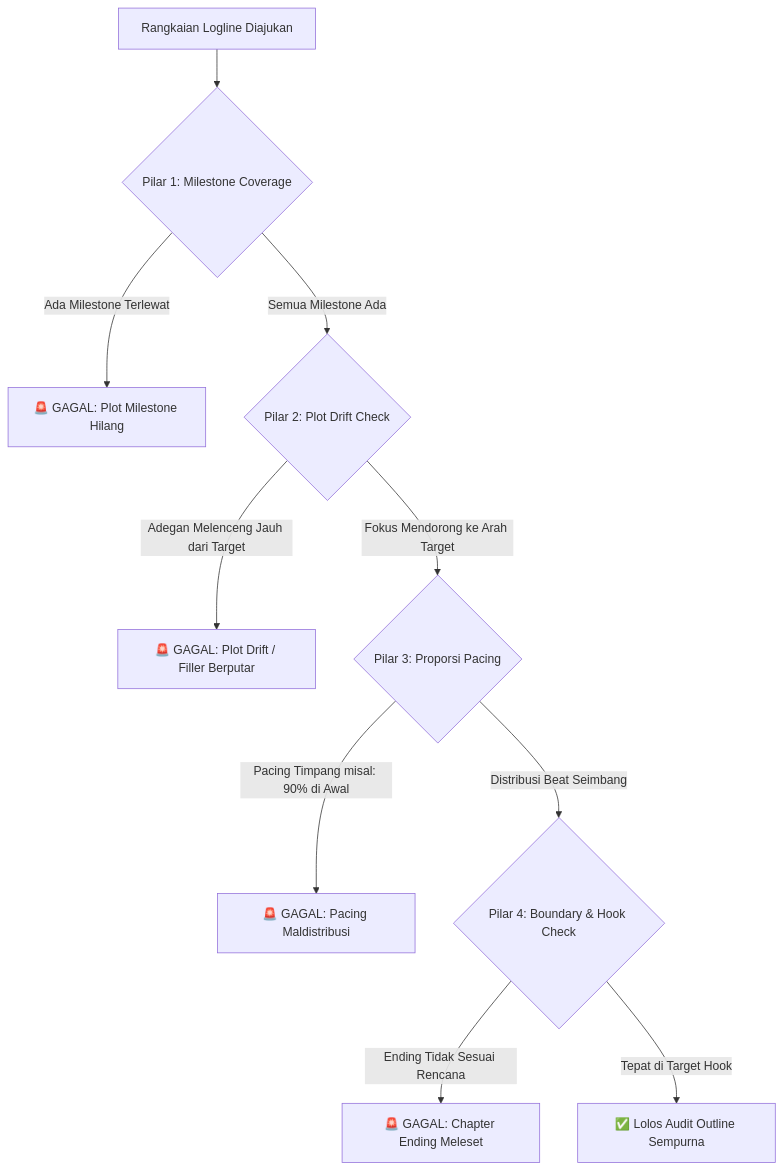
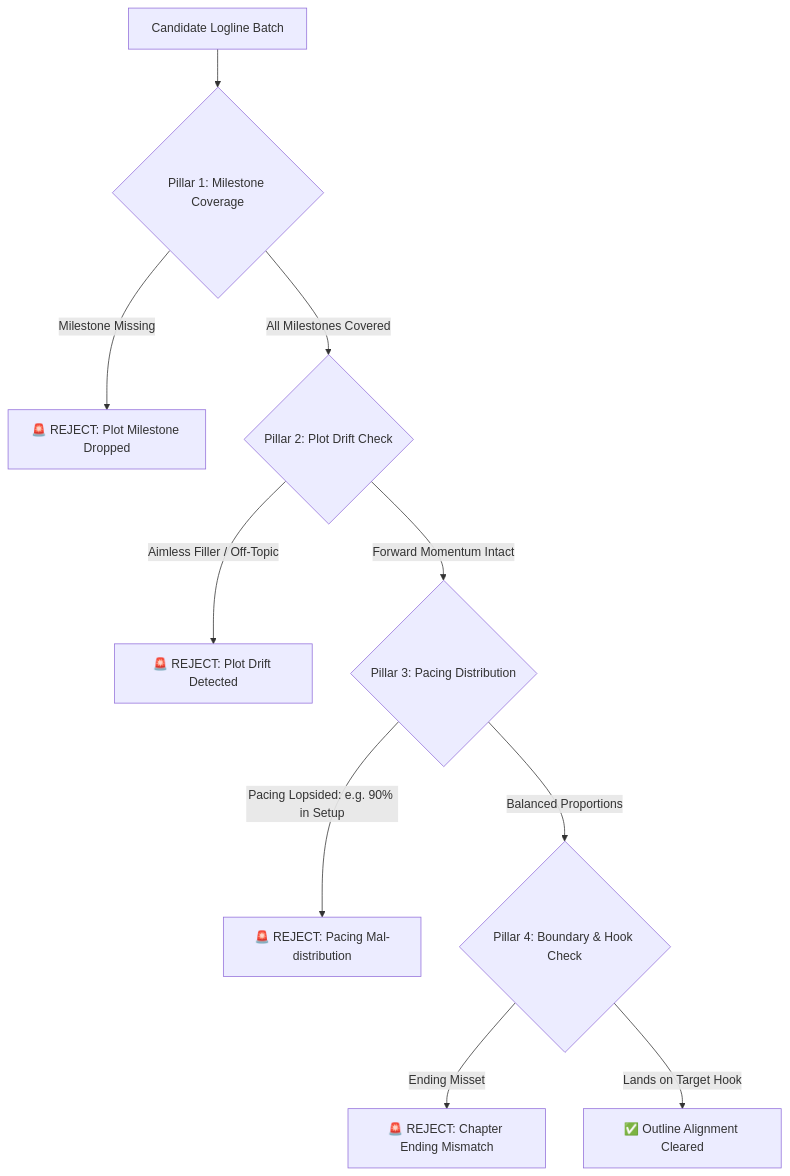
The second of 2 diagrams in logline_skill_framework/OUTLINE_AND_DIRECTION_AUDIT.md (dwianggororeal/detailed-novel-agent-skill), drawn with Mermaid before and after one commit. The commit also changed other lines of this file and 57 other files, not shown here.

````diff
--- a/logline_skill_framework/OUTLINE_AND_DIRECTION_AUDIT.md
+++ b/logline_skill_framework/OUTLINE_AND_DIRECTION_AUDIT.md
@@ -44,12 +23,12 @@
 ```mermaid
 graph TD
-    A[Rangkaian Logline Diajukan] --> B{Pilar 1: Milestone Coverage}
-    B -->|Ada Milestone Terlewat| C[🚨 GAGAL: Plot Milestone Hilang]
-    B -->|Semua Milestone Ada| D{Pilar 2: Plot Drift Check}
-    D -->|Adegan Melenceng Jauh dari Target| E[🚨 GAGAL: Plot Drift / Filler Berputar]
-    D -->|Fokus Mendorong ke Arah Target| F{Pilar 3: Proporsi Pacing}
-    F -->|Pacing Timpang misal: 90% di Awal| G[🚨 GAGAL: Pacing Maldistribusi]
-    F -->|Distribusi Beat Seimbang| H{Pilar 4: Boundary & Hook Check}
-    H -->|Ending Tidak Sesuai Rencana| I[🚨 GAGAL: Chapter Ending Meleset]
-    H -->|Tepat di Target Hook| J[✅ Lolos Audit Outline Sempurna]
+    A[Candidate Logline Batch] --> B{Pillar 1: Milestone Coverage}
+    B -->|Milestone Missing| C[🚨 REJECT: Plot Milestone Dropped]
+    B -->|All Milestones Covered| D{Pillar 2: Plot Drift Check}
+    D -->|Aimless Filler / Off-Topic| E[🚨 REJECT: Plot Drift Detected]
+    D -->|Forward Momentum Intact| F{Pillar 3: Pacing Distribution}
+    F -->|Pacing Lopsided: e.g. 90% in Setup| G[🚨 REJECT: Pacing Mal-distribution]
+    F -->|Balanced Proportions| H{Pillar 4: Boundary & Hook Check}
+    H -->|Ending Misset| I[🚨 REJECT: Chapter Ending Mismatch]
+    H -->|Lands on Target Hook| J[✅ Outline Alignment Cleared]
 ```
````
